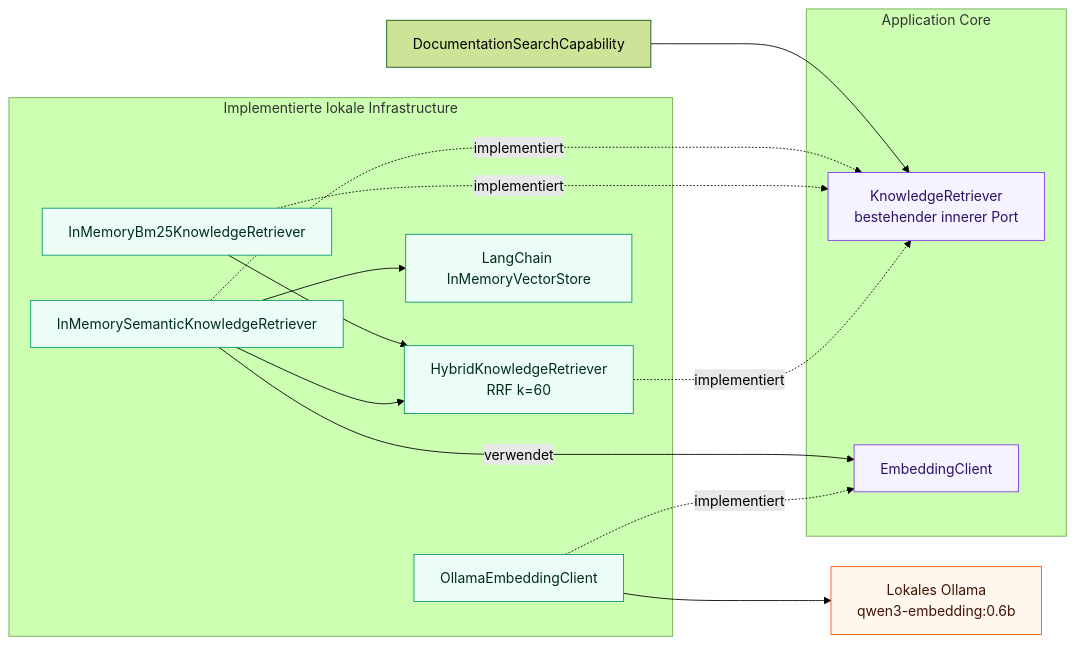
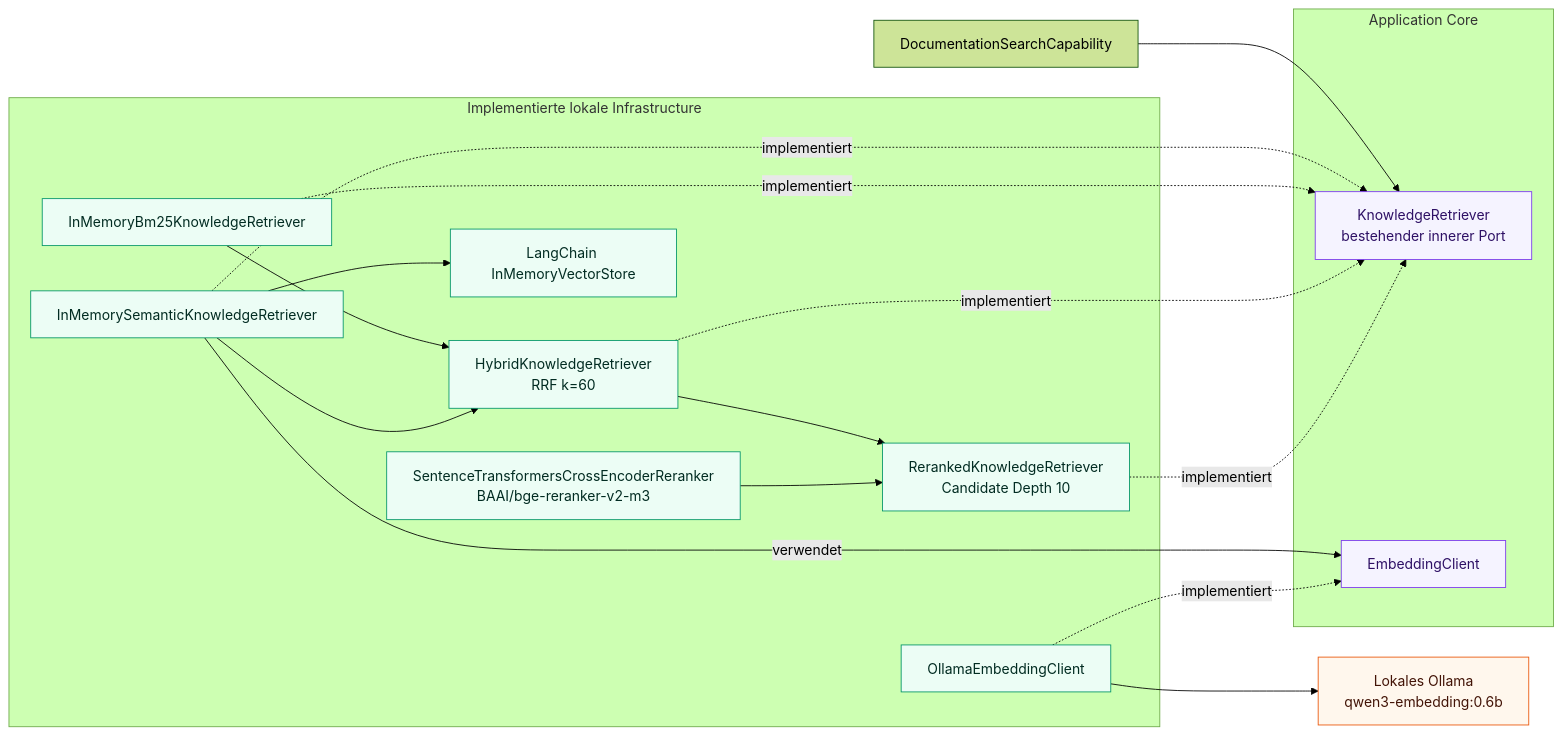
One commit to aboerzel/industrial-ai-agent changed the tenth of 11 diagrams in docs/architecture/overview.de.md. Above: the diagram before and after it, drawn with Mermaid (forest theme). The commit also changed other lines of this file and 14 other files, not shown here.

Commit message:
feat: add local cross-encoder reranking

````diff
--- a/docs/architecture/overview.de.md
+++ b/docs/architecture/overview.de.md
@@ -598,34 +608,39 @@
 ```mermaid
 flowchart LR
     Capability["DocumentationSearchCapability"] --> KnowledgePort["KnowledgeRetriever<br/>bestehender innerer Port"]
 
     subgraph Core["Application Core"]
         KnowledgePort
         EmbeddingPort["EmbeddingClient"]
     end
 
     subgraph Infrastructure["Implementierte lokale Infrastructure"]
         Bm25["InMemoryBm25KnowledgeRetriever"]
         Semantic["InMemorySemanticKnowledgeRetriever"]
         Hybrid["HybridKnowledgeRetriever<br/>RRF k=60"]
+        Reranked["RerankedKnowledgeRetriever<br/>Candidate Depth 10"]
+        Reranker["SentenceTransformersCrossEncoderReranker<br/>BAAI/bge-reranker-v2-m3"]
         Adapter["OllamaEmbeddingClient"]
         Index["LangChain InMemoryVectorStore"]
     end
 
     Semantic -.->|"implementiert"| KnowledgePort
     Bm25 -.->|"implementiert"| KnowledgePort
     Hybrid -.->|"implementiert"| KnowledgePort
+    Reranked -.->|"implementiert"| KnowledgePort
     Semantic -->|"verwendet"| EmbeddingPort
     Adapter -.->|"implementiert"| EmbeddingPort
     Semantic --> Index
     Bm25 --> Hybrid
     Semantic --> Hybrid
+    Hybrid --> Reranked
+    Reranker --> Reranked
     Adapter --> Model["Lokales Ollama<br/>qwen3-embedding:0.6b"]
 
     classDef core fill:#f5f3ff,stroke:#7c3aed,color:#2e1065
     classDef adapter fill:#ecfdf5,stroke:#059669,color:#022c22
     classDef external fill:#fff7ed,stroke:#ea580c,color:#431407
     class KnowledgePort,EmbeddingPort core
-    class Bm25,Semantic,Hybrid,Adapter,Index adapter
+    class Bm25,Semantic,Hybrid,Reranked,Reranker,Adapter,Index adapter
     class Model external
 ```
````
